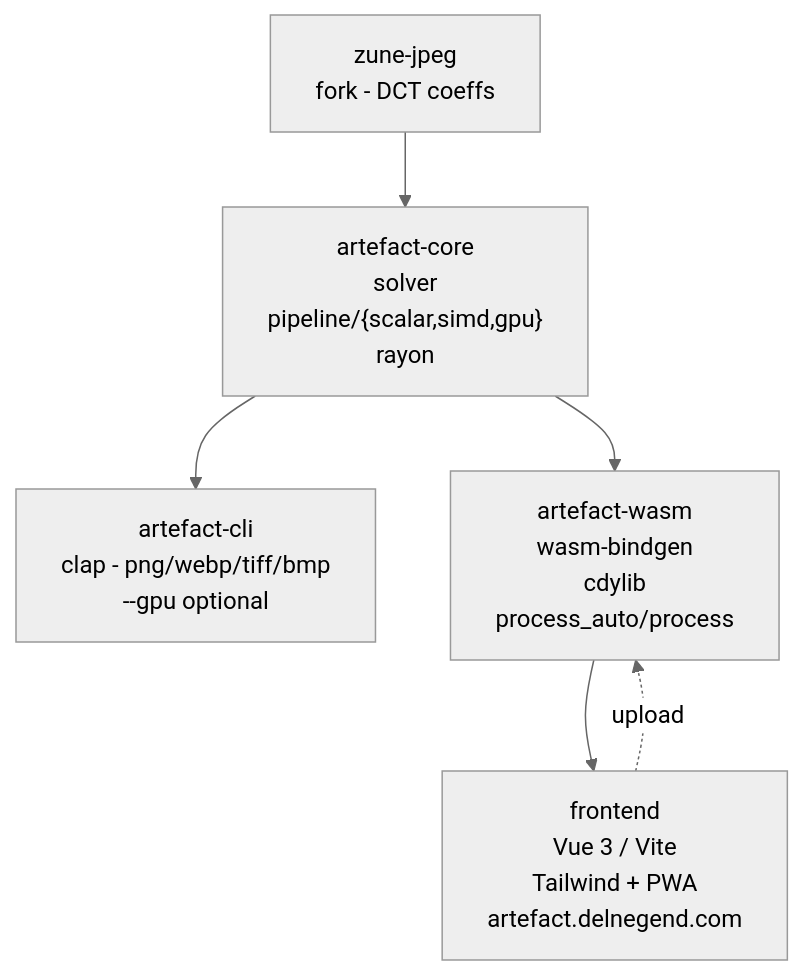
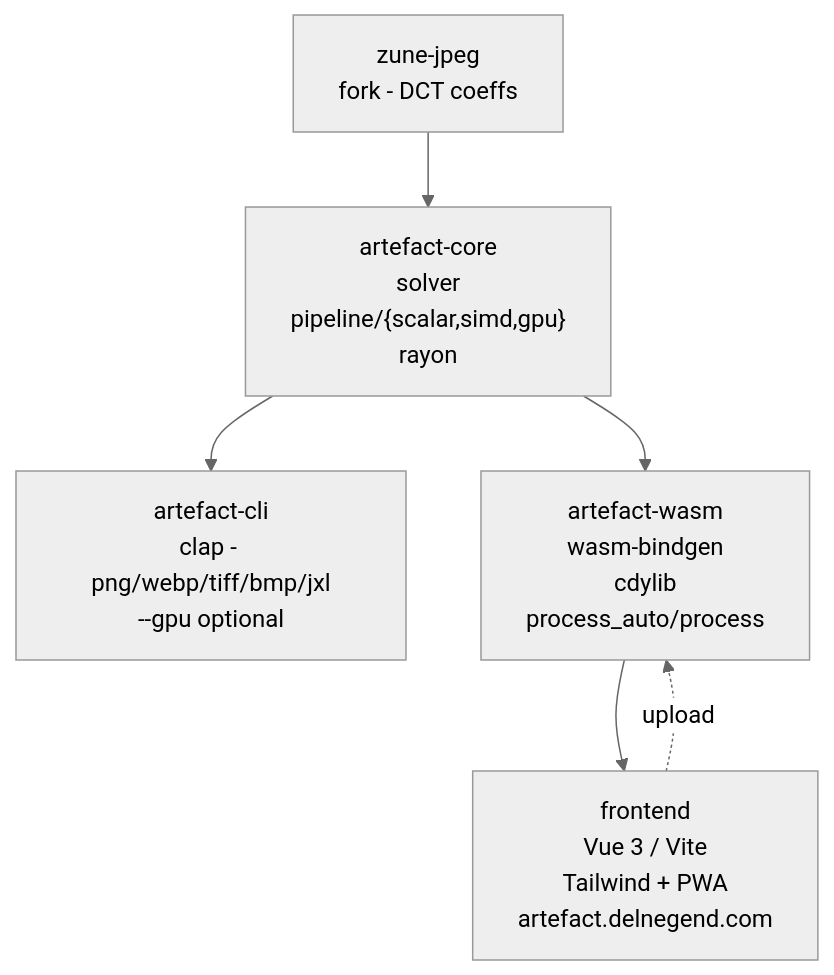
One commit to Delnegend/artefact changed the diagram in docs/architecture.md. Above: the diagram before and after it, drawn with Mermaid (neutral theme). The commit also changed 15 other files, not shown here.

````diff
--- a/docs/architecture.md
+++ b/docs/architecture.md
@@ -3,8 +3,8 @@
 ```mermaid
 graph TD
     Z[zune-jpeg<br/>fork - DCT coeffs] --> L["artefact-core<br/>solver<br/>pipeline/{scalar,simd,gpu}<br/>rayon"]
-    L --> C[artefact-cli<br/>clap - png/webp/tiff/bmp<br/>--gpu optional]
+    L --> C[artefact-cli<br/>clap - png/webp/tiff/bmp/jxl<br/>--gpu optional]
     L --> W[artefact-wasm<br/>wasm-bindgen<br/>cdylib<br/>process_auto/process]
     W --> F[frontend<br/>Vue 3 / Vite<br/>Tailwind + PWA<br/>artefact.delnegend.com]
     F -. upload .-> W
 ```
````
